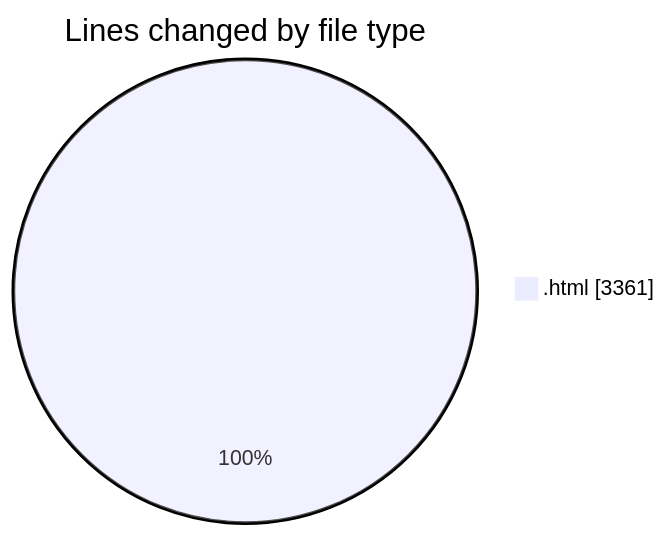
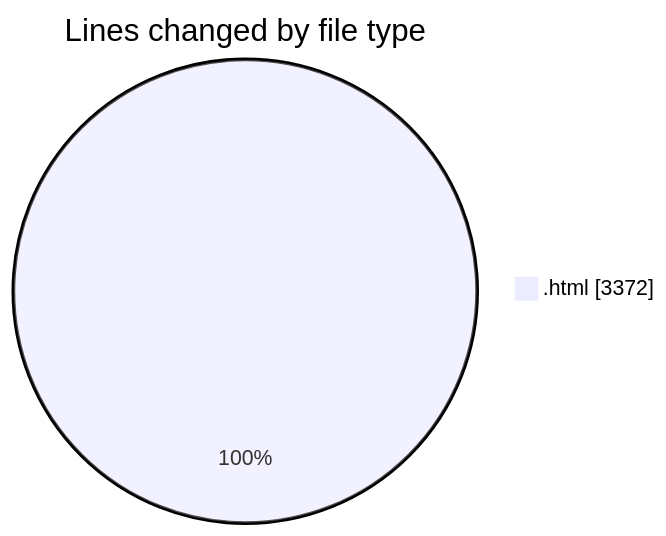
One commit to nxtqubesakshisongat/code-tracking changed the first of 2 diagrams in 2025-08-09/nxtqube_webapp/README.md. Above: the diagram before and after it, drawn with Mermaid. The commit also changed other lines of this file and 1 other file, not shown here.

````diff
--- a/2025-08-09/nxtqube_webapp/README.md
+++ b/2025-08-09/nxtqube_webapp/README.md
@@ -20,5 +20,5 @@
 ```mermaid
 pie showData
 title Lines changed by file type
-".html" : 3361
+".html" : 3372
 ```
````
